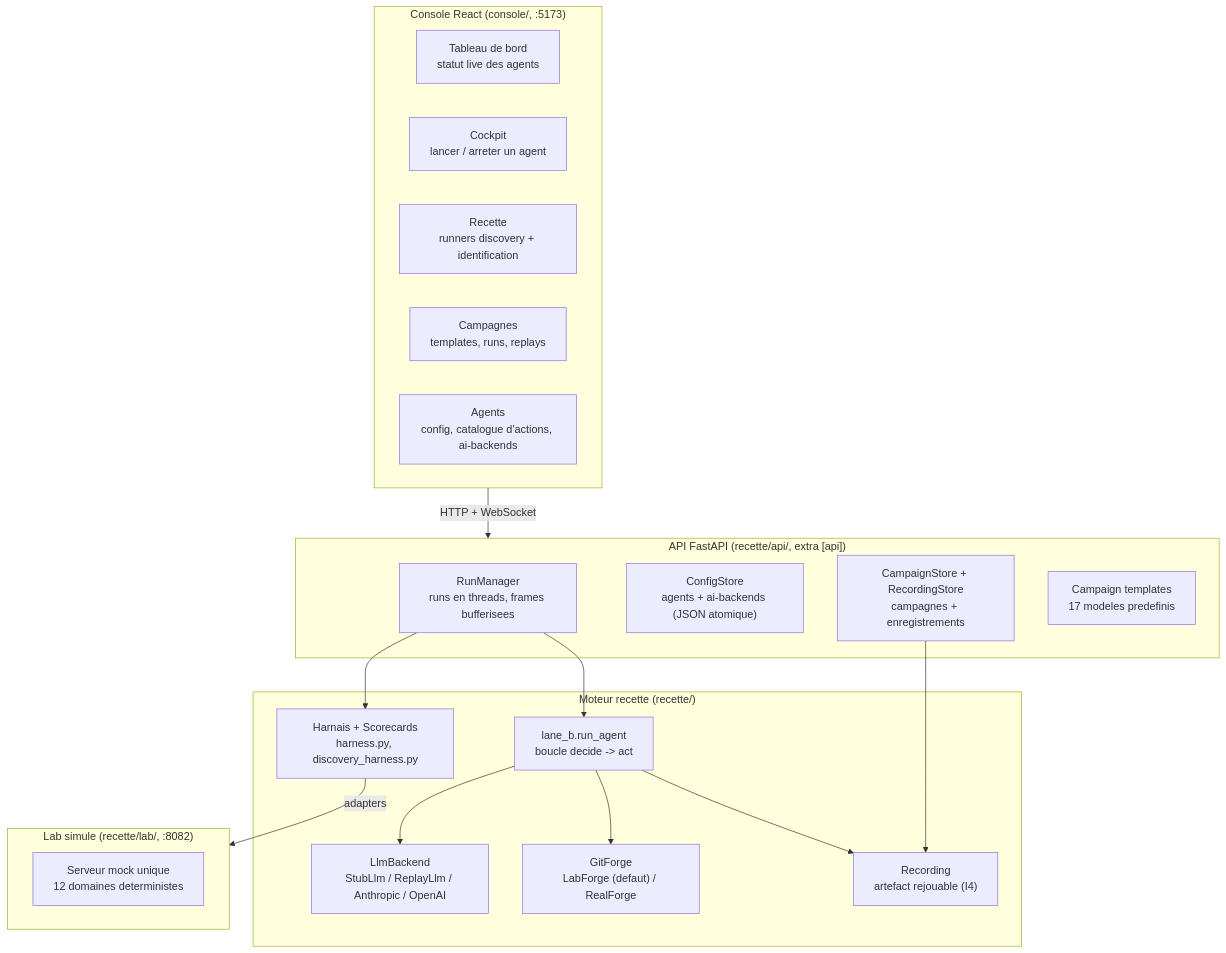
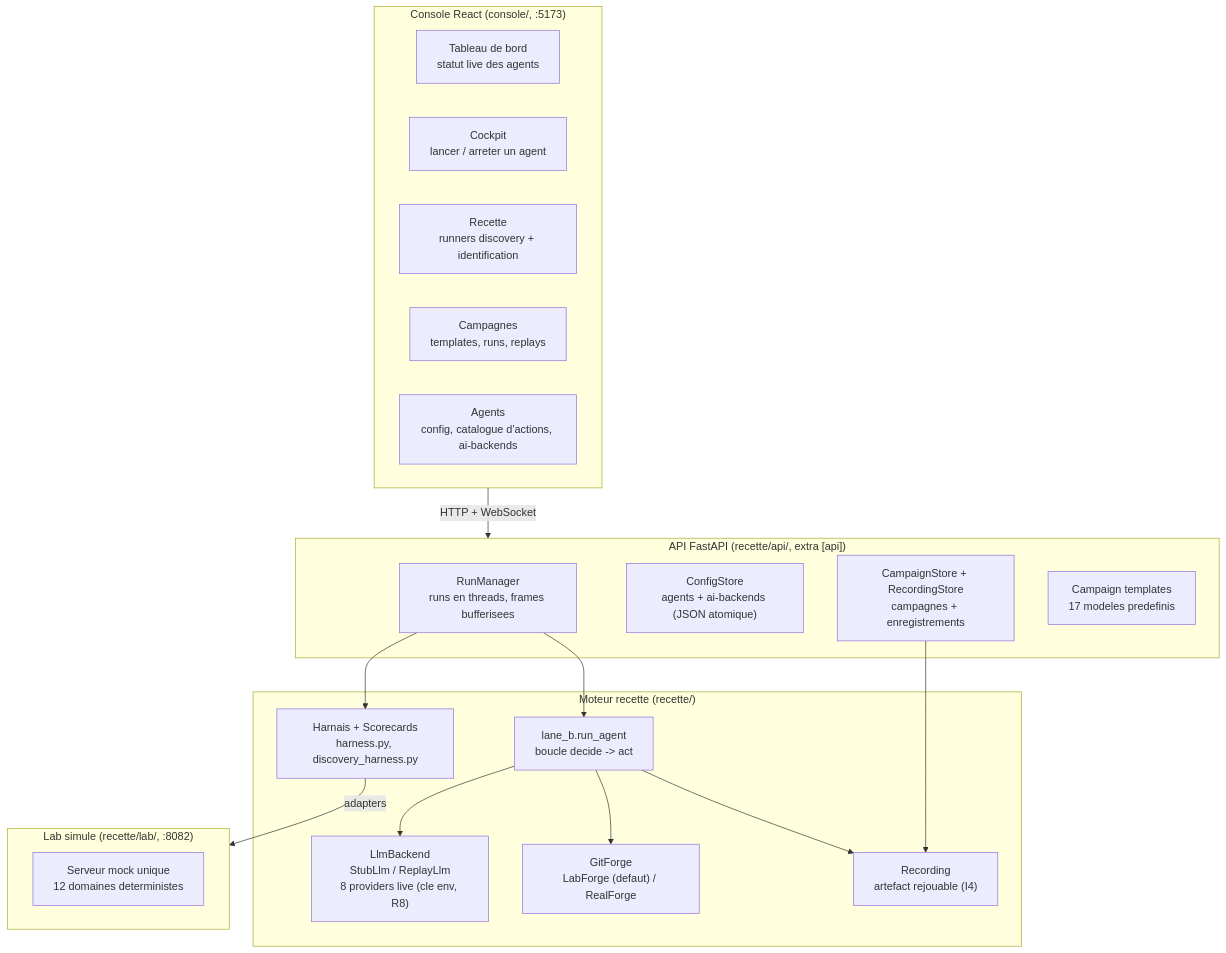
One commit to mo0ogly/recette_IA_agents changed the second of 12 diagrams in docs/ARCHITECTURE.md. Above: the diagram before and after it, drawn with Mermaid. The commit also changed 2 other files, not shown here.

Commit message:
test(docs): drift gate for generated mermaid diagrams; 8 live LLM providers in components diagram
- tests/test_diagrams_sync.py: fails when a mermaid block in
  docs/ARCHITECTURE.md is edited by hand instead of through
  scripts/diagrams/architecture.py + gen_diagrams.py --write; also
  catches unmarked new mermaid blocks
- components diagram: LlmBackend label updated to the 8 live providers
  (anthropic, openai, gemini, groq, mistral, deepseek, xai, openai_compat)

````diff
--- a/docs/ARCHITECTURE.md
+++ b/docs/ARCHITECTURE.md
@@ -72,38 +72,38 @@
 ```mermaid
 flowchart TB
   subgraph CONSOLE["Console React (console/, :5173)"]
     DASH["Tableau de bord<br/>statut live des agents"]
     COCK["Cockpit<br/>lancer / arreter un agent"]
     RUNTAB["Recette<br/>runners discovery + identification"]
     CAMP["Campagnes<br/>templates, runs, replays"]
     AGENTS["Agents<br/>config, catalogue d'actions, ai-backends"]
   end
 
   subgraph API["API FastAPI (recette/api/, extra [api])"]
     RM["RunManager<br/>runs en threads, frames bufferisees"]
     CFG["ConfigStore<br/>agents + ai-backends (JSON atomique)"]
     CSTORE["CampaignStore + RecordingStore<br/>campagnes + enregistrements"]
     TPL["Campaign templates<br/>17 modeles predefinis"]
   end
 
   subgraph ENGINE["Moteur recette (recette/)"]
     LANEB["lane_b.run_agent<br/>boucle decide -> act"]
-    LLM["LlmBackend<br/>StubLlm / ReplayLlm / Anthropic / OpenAI"]
+    LLM["LlmBackend<br/>StubLlm / ReplayLlm<br/>8 providers live (cle env, R8)"]
     FORGE["GitForge<br/>LabForge (defaut) / RealForge"]
     REC["Recording<br/>artefact rejouable (I4)"]
     HARN["Harnais + Scorecards<br/>harness.py, discovery_harness.py"]
   end
 
   subgraph LAB["Lab simule (recette/lab/, :8082)"]
     MOCK["Serveur mock unique<br/>12 domaines deterministes"]
   end
 
   CONSOLE -->|"HTTP + WebSocket"| API
   RM --> LANEB
   LANEB --> LLM
   LANEB --> FORGE
   LANEB --> REC
   RM --> HARN
   HARN -->|"adapters"| LAB
   CSTORE --> REC
 ```
````
